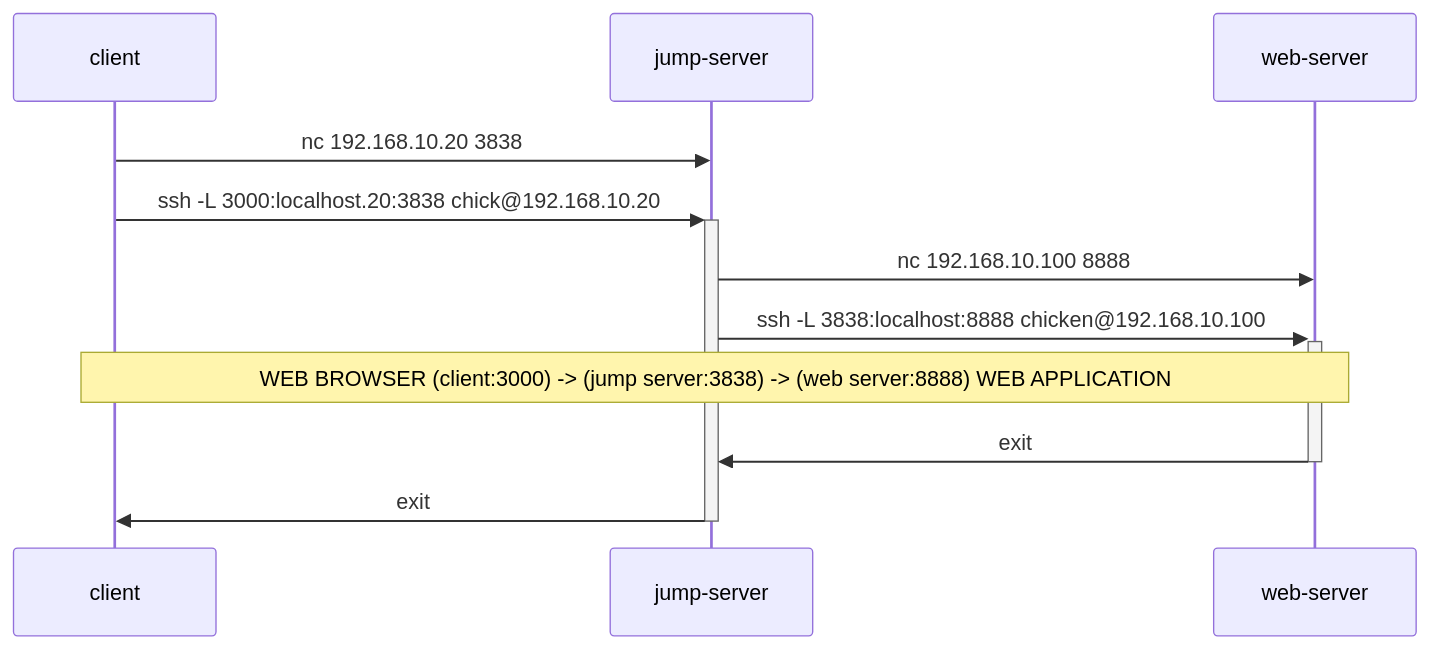
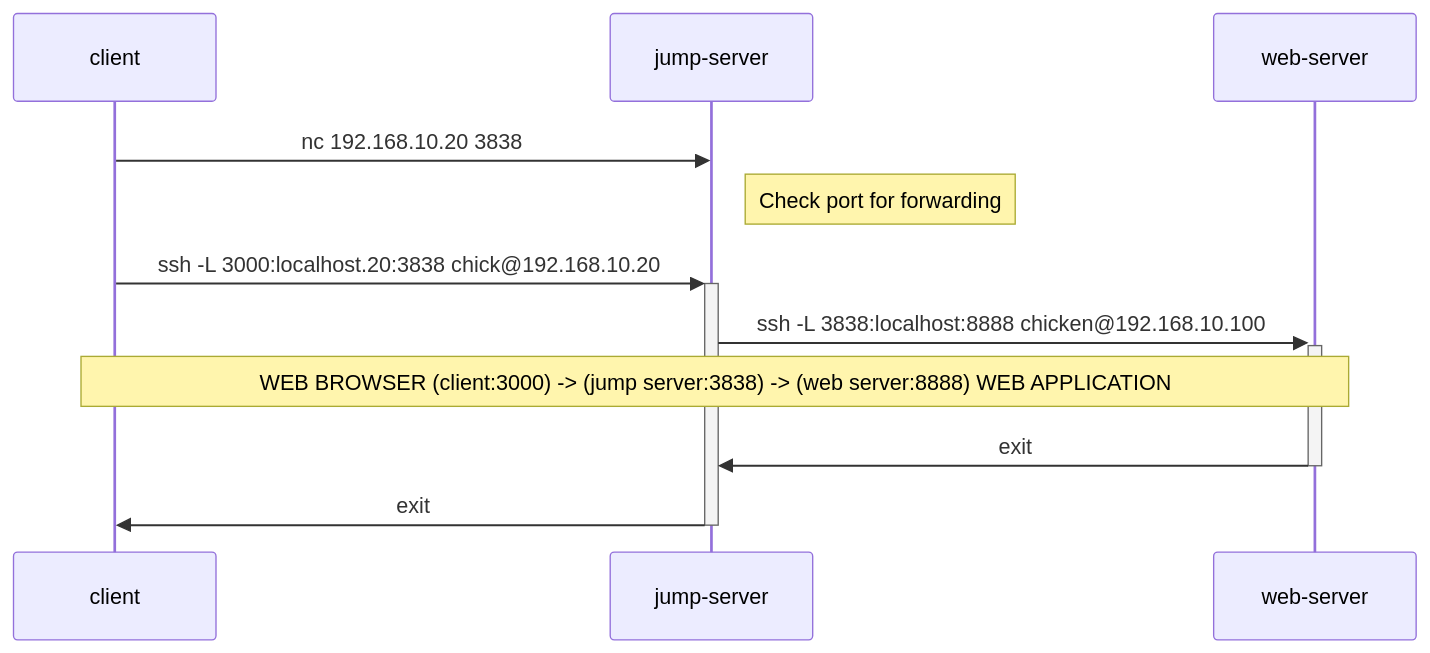
One commit to qwasium/ssh-memo changed the first of 2 diagrams in local-port-forward.md. Above: the diagram before and after it, drawn with Mermaid. The commit also changed other lines of this file, not shown here.

````diff
--- a/local-port-forward.md
+++ b/local-port-forward.md
@@ -40,10 +42,10 @@
 ```mermaid
 sequenceDiagram
   client ->> jump-server: nc 192.168.10.20 3838
+  Note right of jump-server: Check port for forwarding
   client ->> +jump-server: ssh -L 3000:localhost.20:3838 chick@192.168.10.20
-  jump-server ->> web-server: nc 192.168.10.100 8888
   jump-server ->> +web-server: ssh -L 3838:localhost:8888 chicken@192.168.10.100
   Note over client,web-server: WEB BROWSER (client:3000) -> (jump server:3838) -> (web server:8888) WEB APPLICATION
   web-server ->> -jump-server: exit
   jump-server ->> -client: exit
 ```
````
